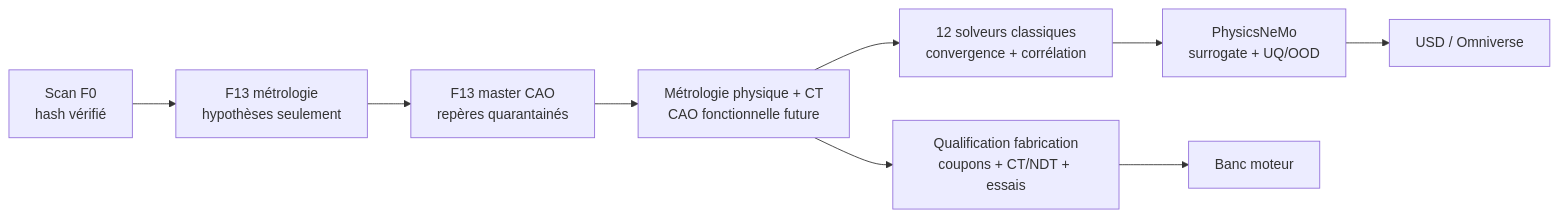
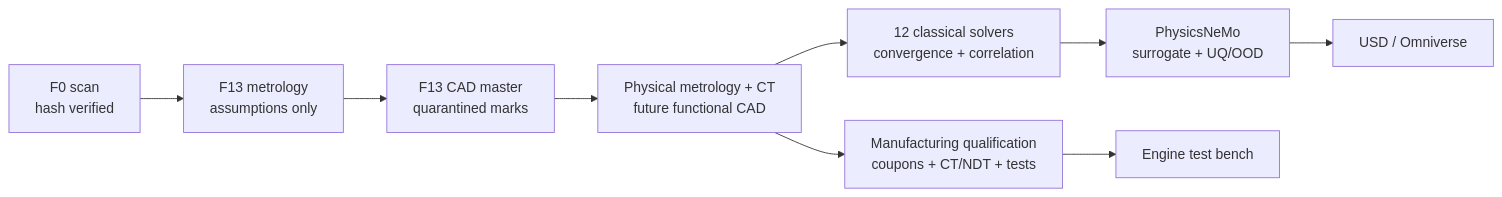
One commit to cluster2600/porscheparts changed the first of 3 diagrams in twins/reference-917-engine/README.md. Above: the diagram before and after it, drawn with Mermaid. The commit also changed other lines of this file and 228 other files, not shown here.

````diff
--- a/twins/reference-917-engine/README.md
+++ b/twins/reference-917-engine/README.md
@@ -85,11 +90,11 @@
 ```mermaid
 flowchart LR
-    F0[Scan F0<br/>hash vérifié] --> M[F13 métrologie<br/>hypothèses seulement]
-    M --> C[F13 master CAO<br/>repères quarantainés]
-    C --> P[Métrologie physique + CT<br/>CAO fonctionnelle future]
-    P --> S[12 solveurs classiques<br/>convergence + corrélation]
+    F0[F0 scan<br/>hash verified] --> M[F13 metrology<br/>assumptions only]
+    M --> C[F13 CAD master<br/>quarantined marks]
+    C --> P[Physical metrology + CT<br/>future functional CAD]
+    P --> S[12 classical solvers<br/>convergence + correlation]
     S --> N[PhysicsNeMo<br/>surrogate + UQ/OOD]
-    P --> Q[Qualification fabrication<br/>coupons + CT/NDT + essais]
+    P --> Q[Manufacturing qualification<br/>coupons + CT/NDT + tests]
     N --> O[USD / Omniverse]
-    Q --> B[Banc moteur]
+    Q --> B[Engine test bench]
 ```
````
